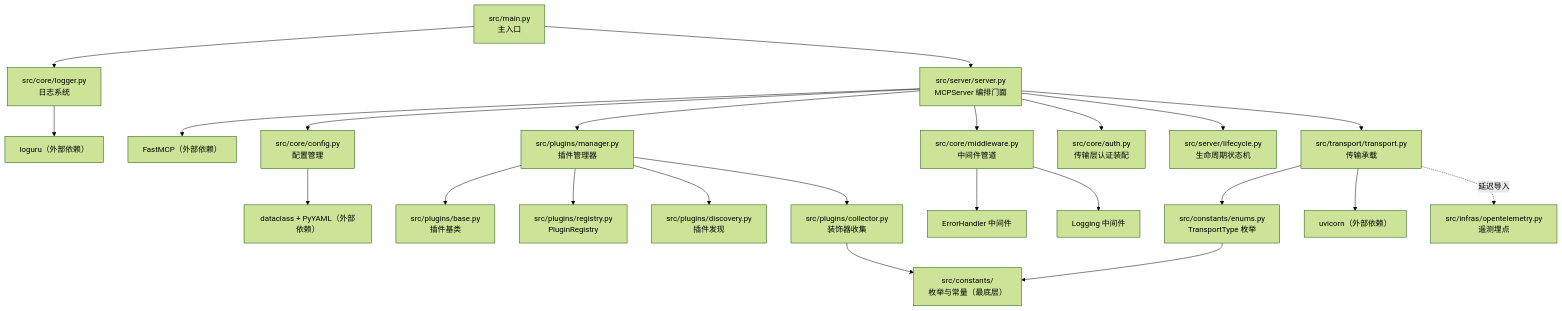
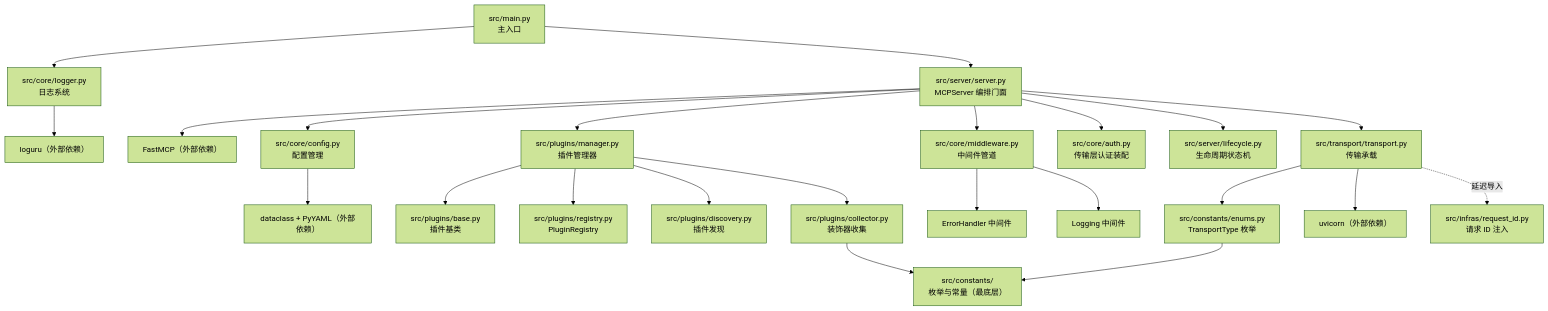
Before and after one commit to chain-engine/x-QiuChi: the fourth of 4 diagrams in README.md, drawn with Mermaid (forest theme). The commit also changed other lines of this file and 24 other files, not shown here.

````diff
--- a/README.md
+++ b/README.md
@@ -522,30 +518,30 @@
 ```mermaid
 flowchart TD
     A["src/main.py<br/>主入口"] --> B["src/server/server.py<br/>MCPServer 编排门面"]
     A --> K["src/core/logger.py<br/>日志系统"]
     K --> K1["loguru（外部依赖）"]
 
     B --> C1["FastMCP（外部依赖）"]
     B --> D["src/plugins/manager.py<br/>插件管理器"]
     B --> E["src/core/middleware.py<br/>中间件管道"]
     B --> F["src/transport/transport.py<br/>传输承载"]
     B --> AUTH["src/core/auth.py<br/>传输层认证装配"]
     B --> LC["src/server/lifecycle.py<br/>生命周期状态机"]
     B --> H["src/core/config.py<br/>配置管理"]
     H --> H1["dataclass + PyYAML（外部依赖）"]
 
     D --> D1["src/plugins/base.py<br/>插件基类"]
     D --> D2["src/plugins/registry.py<br/>PluginRegistry"]
     D --> D3["src/plugins/discovery.py<br/>插件发现"]
     D --> D4["src/plugins/collector.py<br/>装饰器收集"]
 
     E --> E1["ErrorHandler 中间件"]
     E --> E2["Logging 中间件"]
 
     F --> T1["src/constants/enums.py<br/>TransportType 枚举"]
     F --> T2["uvicorn（外部依赖）"]
-    F -.->|"延迟导入"| OT["src/infras/opentelemetry.py<br/>遥测埋点"]
+    F -.->|"延迟导入"| OT["src/infras/request_id.py<br/>请求 ID 注入"]
 
     D4 --> EN["src/constants/<br/>枚举与常量（最底层）"]
     T1 --> EN
 ```
````
